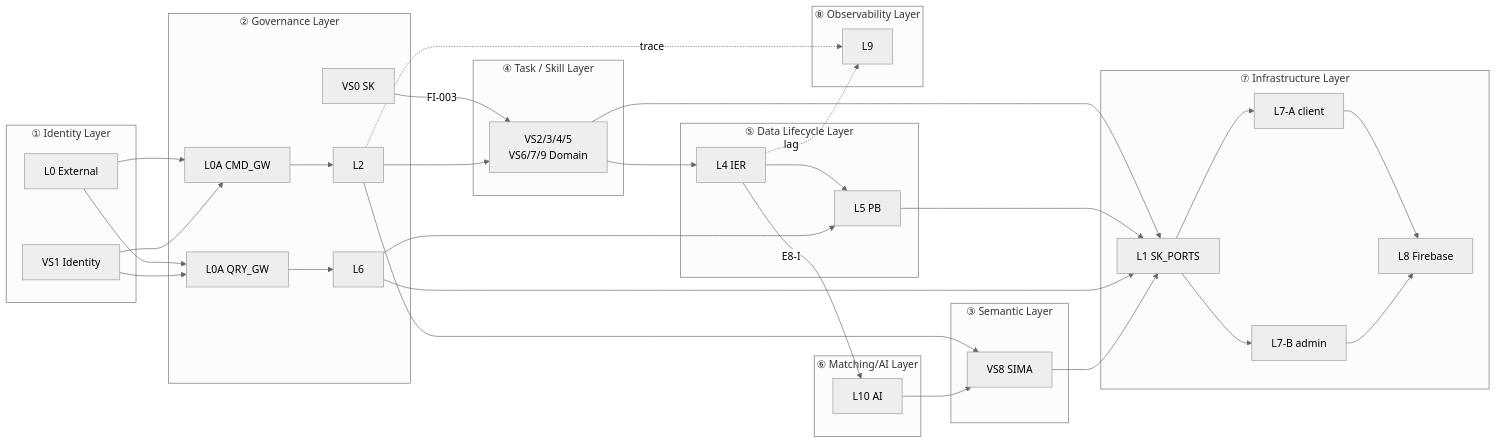
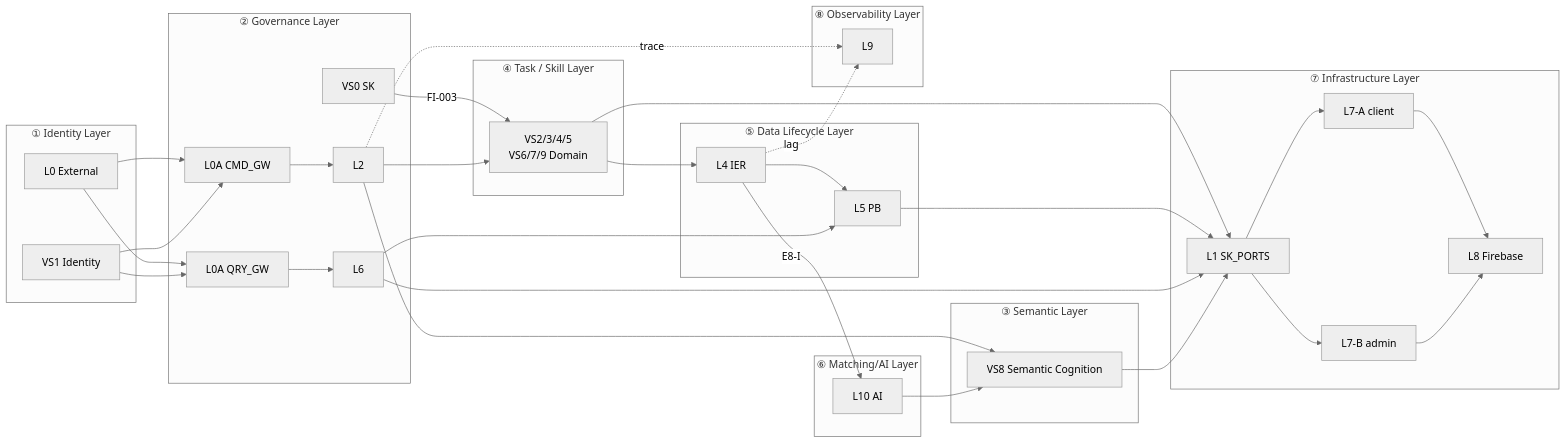
Before and after one commit to 7Spade/Xuanwu: the second of 2 diagrams in docs/architecture/00-logic-overview.md, drawn with Mermaid (neutral theme). The commit also changed other lines of this file and 3 other files, not shown here.

Commit message:
docs: align VS8 section in architecture docs 00-03 with 05/06 blueprints

````diff
--- a/docs/architecture/00-logic-overview.md
+++ b/docs/architecture/00-logic-overview.md
@@ -126,56 +126,56 @@
 ```mermaid
 flowchart LR
   subgraph IDL["① Identity Layer"]
     EXT[L0 External]
     VS1[VS1 Identity]
   end
 
   subgraph GOV["② Governance Layer"]
     VS0[VS0 SK]
     CMDGW[L0A CMD_GW]
     QRYGW[L0A QRY_GW]
     L2[L2]
     L6[L6]
   end
 
   subgraph SEM["③ Semantic Layer"]
-    VS8[VS8 SIMA]
+    VS8[VS8 Semantic Cognition]
   end
 
   subgraph TSL["④ Task / Skill Layer"]
     DOM[VS2/3/4/5\nVS6/7/9 Domain]
   end
 
   subgraph DL["⑤ Data Lifecycle Layer"]
     IER[L4 IER]
     PB[L5 PB]
   end
 
   subgraph MAI["⑥ Matching/AI Layer"]
     L10[L10 AI]
   end
 
   subgraph INF["⑦ Infrastructure Layer"]
     L1[L1 SK_PORTS]
     L7A[L7-A client]
     L7B[L7-B admin]
     L8[L8 Firebase]
   end
 
   subgraph OBS["⑧ Observability Layer"]
     L9[L9]
   end
 
   EXT & VS1 --> CMDGW & QRYGW
   VS0 -->|FI-003| DOM
   CMDGW --> L2
   L2 --> DOM --> IER --> PB
   L2 --> VS8
   QRYGW --> L6 --> PB
   DOM & PB & L6 & VS8 --> L1
   L1 --> L7A & L7B
   L7A & L7B --> L8
   IER -->|E8-I| L10 --> VS8
   L2 -. trace .-> L9
   IER -. lag .-> L9
 ```
````
